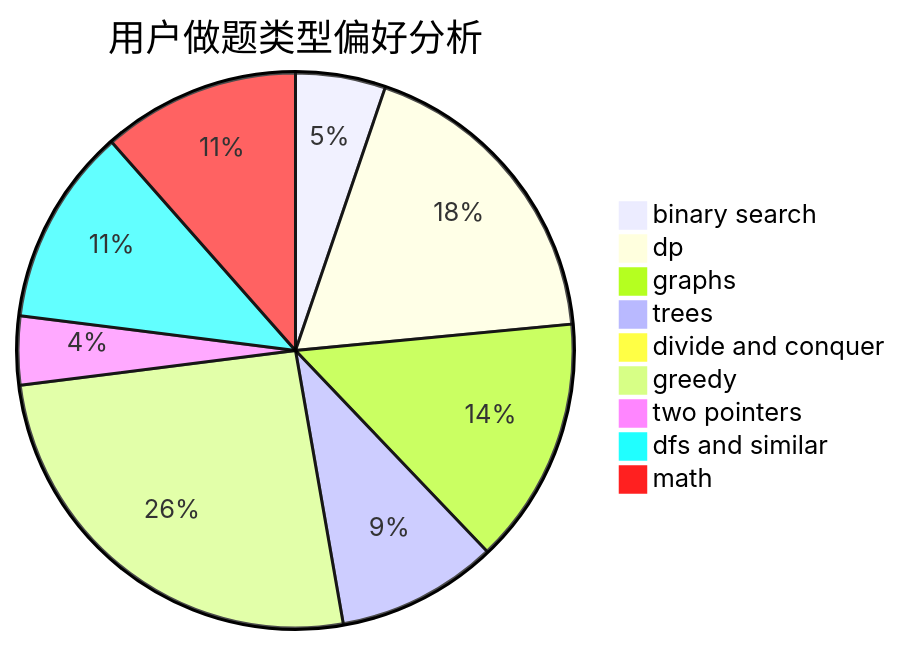
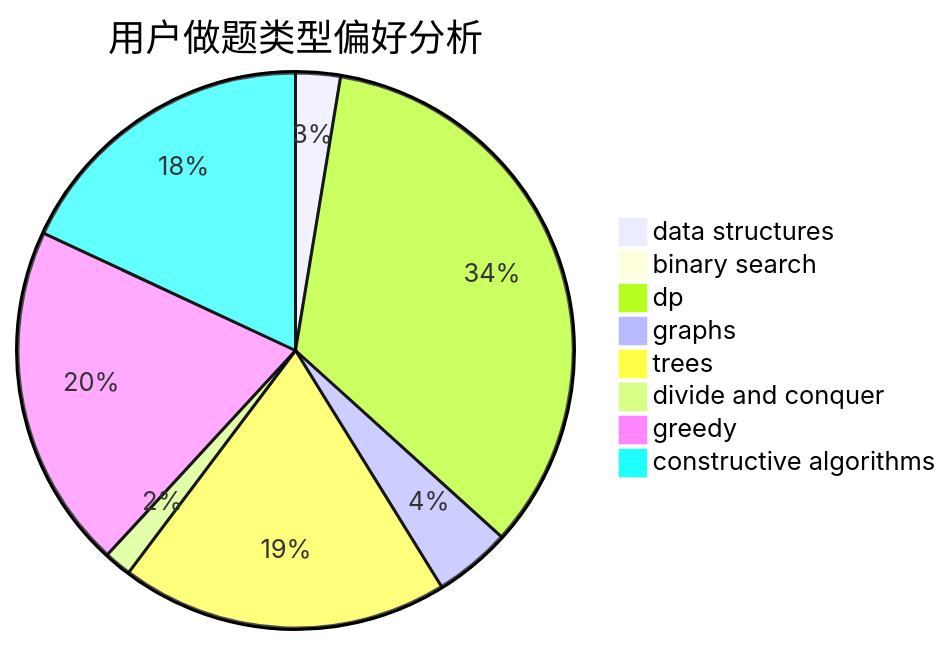
Before and after one commit to sherpahu/cfrs.github.io: the second of 3 diagrams in docs/user/u2175.md, drawn with Mermaid. The commit also changed other lines of this file and 2775 other files, not shown here.

````diff
--- a/docs/user/u2175.md
+++ b/docs/user/u2175.md
@@ -23,12 +23,11 @@
 ```mermaid
 pie title 用户做题类型偏好分析
-    "binary search" :  76
-    "dp" :  265
-    "graphs" :  209
-    "trees" :  136
+    "data structures" :  18
+    "binary search" :  5
+    "dp" :  236
+    "graphs" :  31
+    "trees" :  132
     "divide and conquer" :  11
-    "greedy" :  374
-    "two pointers" :  58
-    "dfs and similar" :  167
-    "math" :  167
+    "greedy" :  139
+    "constructive algorithms" :  125
 ```
````
